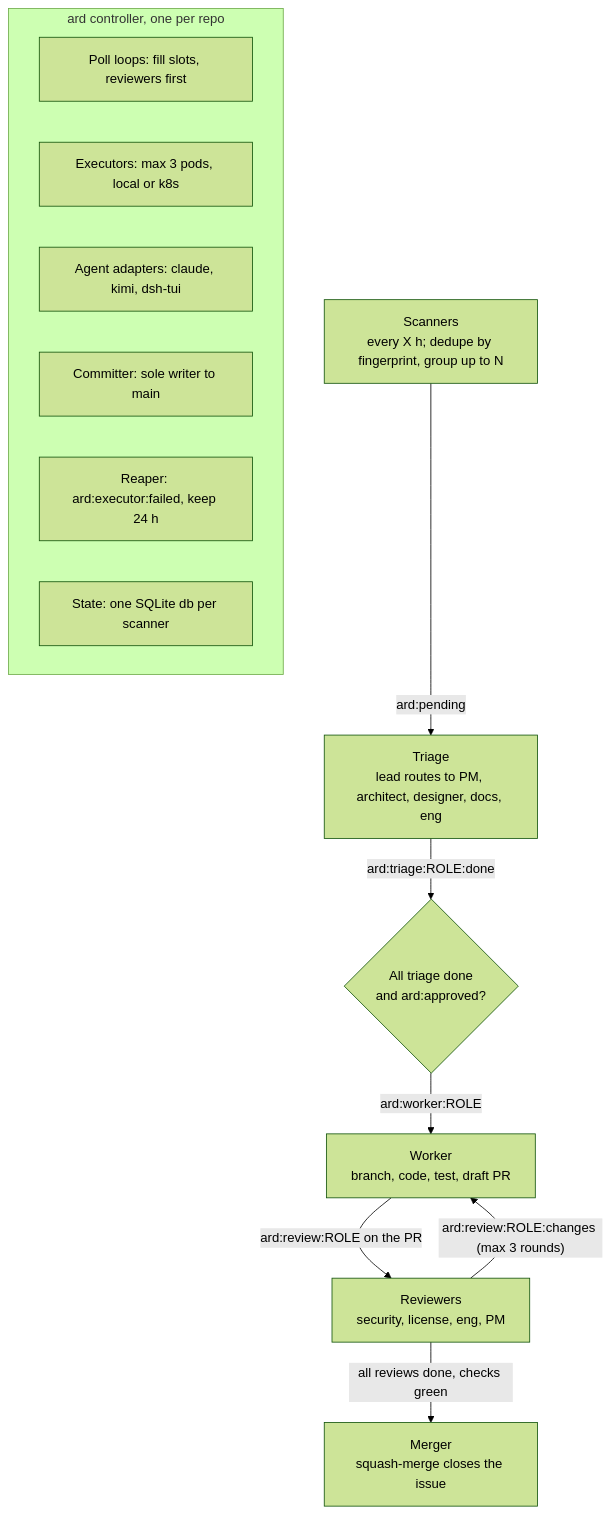
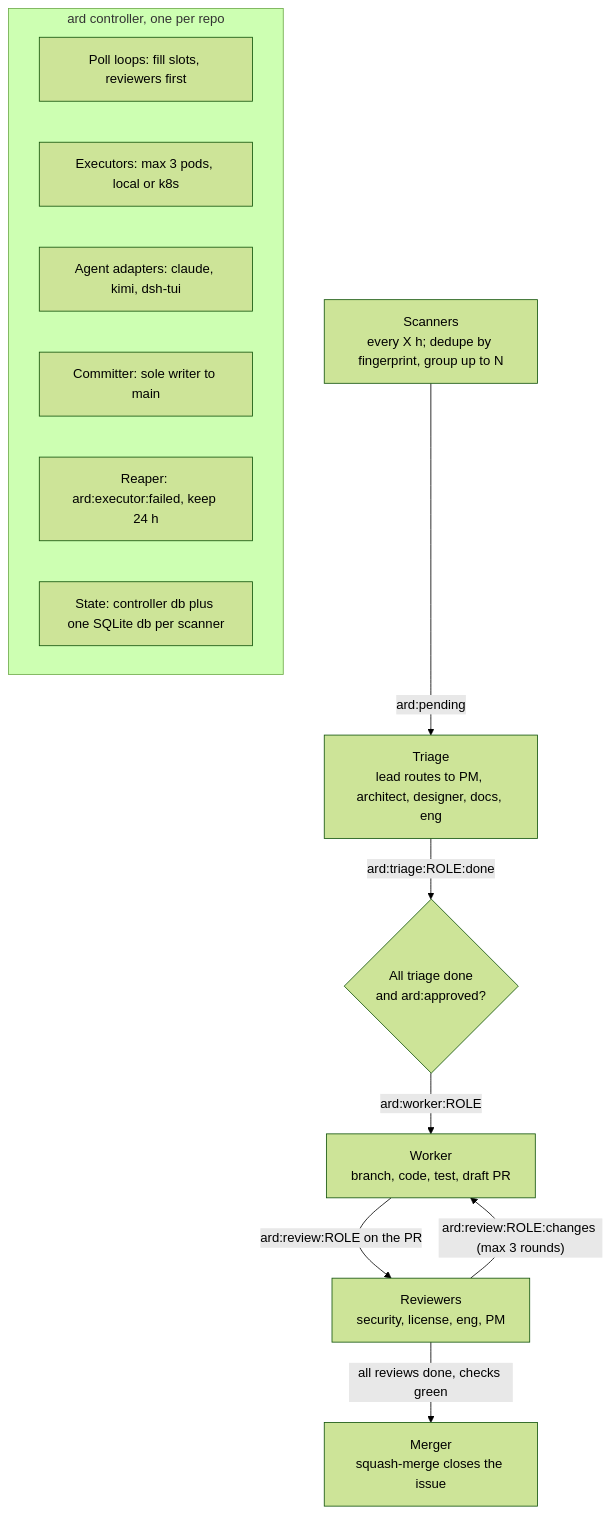
The first of 3 diagrams in docs/proposal.md (albertcbrown/ard), drawn with Mermaid (forest theme) before and after one commit. The commit also changed other lines of this file and 24 other files, not shown here.

First line of the commit message:
Add SQLite controller and scanner state

````diff
--- a/docs/proposal.md
+++ b/docs/proposal.md
@@ -24,17 +24,17 @@
 ```mermaid
 flowchart TD
     S["Scanners<br/>every X h; dedupe by fingerprint, group up to N"] -->|ard:pending| T["Triage<br/>lead routes to PM, architect, designer, docs, eng"]
     T -->|"ard:triage:ROLE:done"| G{"All triage done<br/>and ard:approved?"}
     G -->|"ard:worker:ROLE"| W["Worker<br/>branch, code, test, draft PR"]
     W -->|"ard:review:ROLE on the PR"| R["Reviewers<br/>security, license, eng, PM"]
     R -->|"ard:review:ROLE:changes (max 3 rounds)"| W
     R -->|"all reviews done, checks green"| M["Merger<br/>squash-merge closes the issue"]
     subgraph ctl["ard controller, one per repo"]
         P["Poll loops: fill slots, reviewers first"]
         E["Executors: max 3 pods, local or k8s"]
         A["Agent adapters: claude, kimi, dsh-tui"]
         C["Committer: sole writer to main"]
         X["Reaper: ard:executor:failed, keep 24 h"]
-        D["State: one SQLite db per scanner"]
+        D["State: controller db plus one SQLite db per scanner"]
     end
 ```
````
